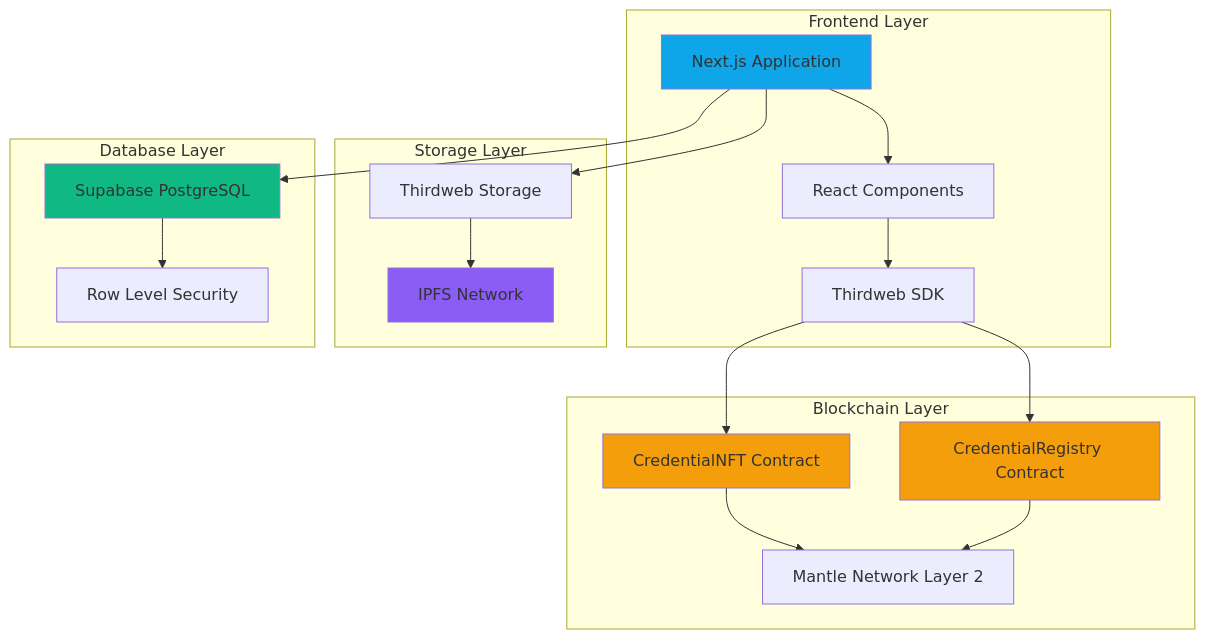
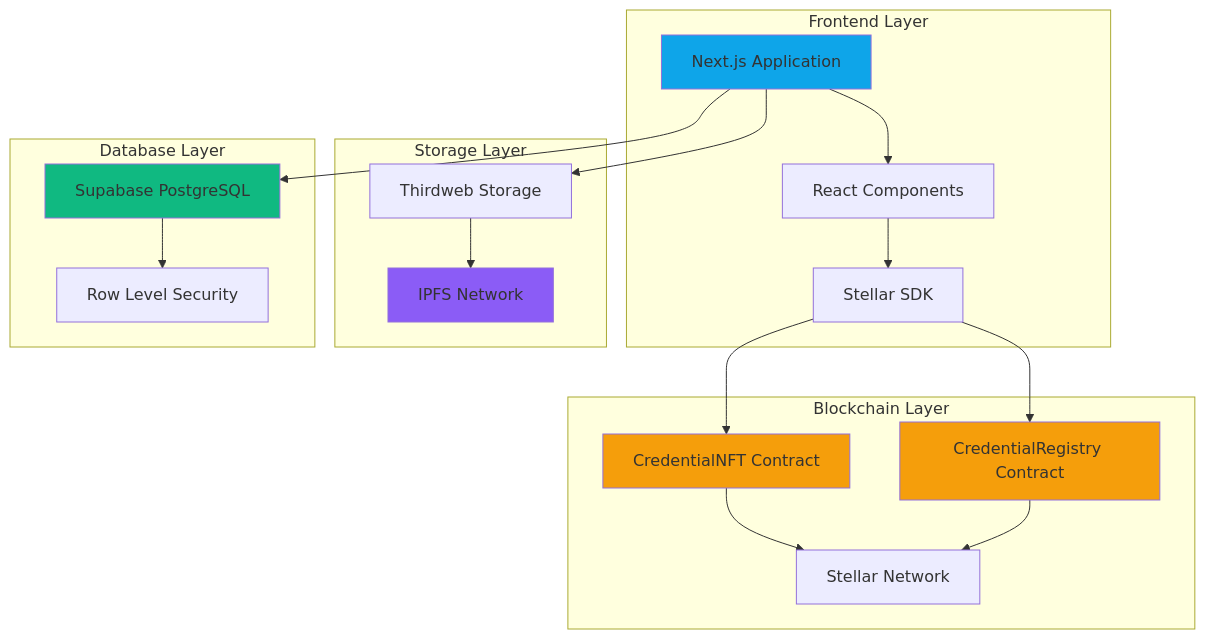
The first of 3 diagrams in README.md (Sumanpradhan1706/ACREDIA-STELLAR), drawn with Mermaid before and after one commit. The commit also changed other lines of this file and 21 other files, not shown here.

First line of the commit message:
refactor: migrate from Mantle to Stellar network for credential management

````diff
--- a/README.md
+++ b/README.md
@@ -360,41 +337,41 @@
 ```mermaid
 graph TB
     subgraph "Frontend Layer"
         A[Next.js Application]
         B[React Components]
-        C[Thirdweb SDK]
+        C[Stellar SDK]
     end
 
     subgraph "Blockchain Layer"
         D[CredentialNFT Contract]
         E[CredentialRegistry Contract]
-        F[Mantle Network Layer 2]
+        F[Stellar Network]
     end
 
     subgraph "Storage Layer"
         G[IPFS Network]
         H[Thirdweb Storage]
     end
 
     subgraph "Database Layer"
         I[Supabase PostgreSQL]
         J[Row Level Security]
     end
 
     A --> B
     B --> C
     C --> D
     C --> E
     D --> F
     E --> F
     A --> H
     H --> G
     A --> I
     I --> J
 
     style A fill:#0ea5e9
     style D fill:#f59e0b
     style E fill:#f59e0b
     style G fill:#8b5cf6
     style I fill:#10b981
 ```
````
